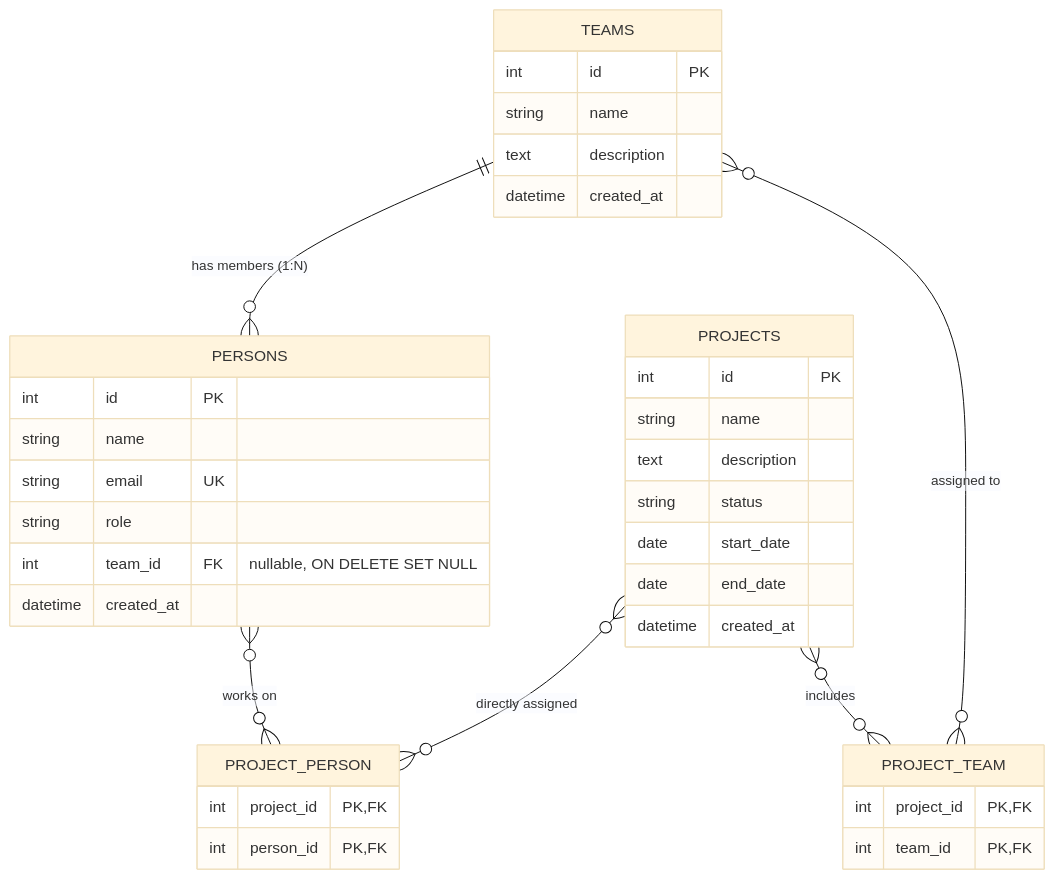
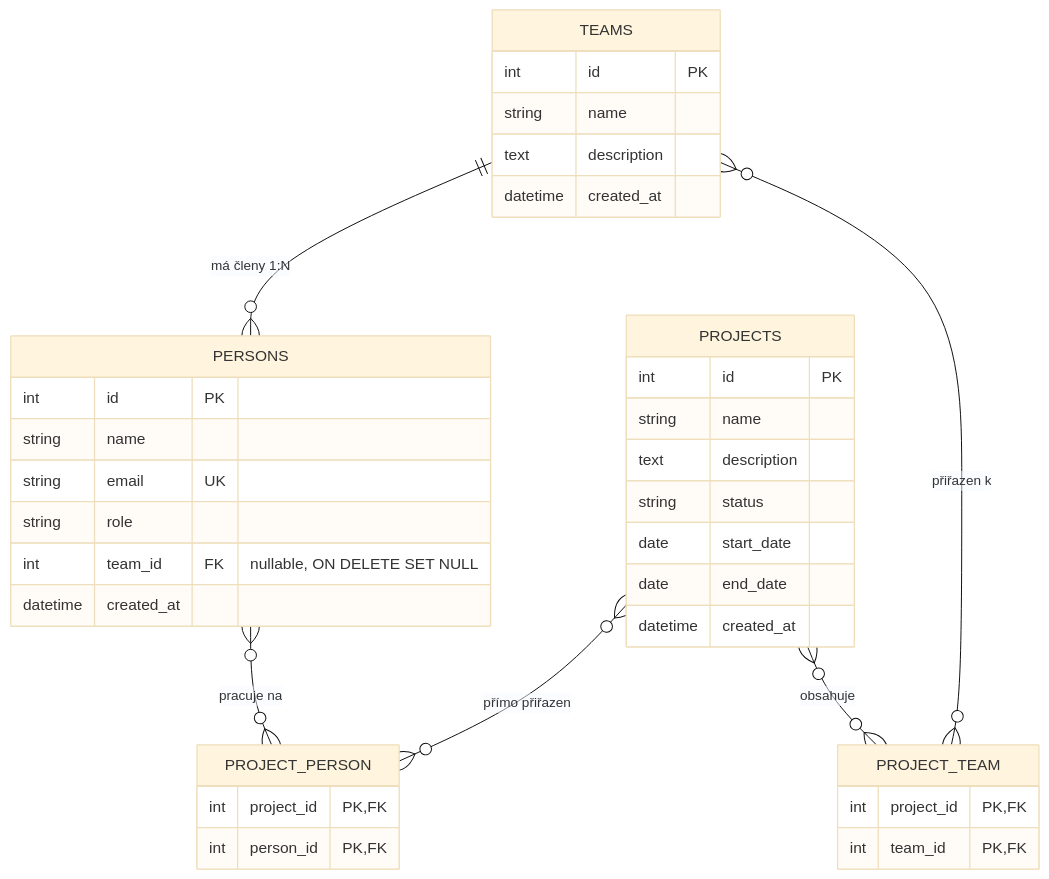
Before and after one commit to martinfried/Project-Management-BE: the diagram in README.md, drawn with Mermaid (base theme). The commit also changed other lines of this file, not shown here.

````diff
--- a/README.md
+++ b/README.md
@@ -34,44 +25,44 @@
 ```mermaid
 erDiagram
-    TEAMS ||--o{ PERSONS : "has members (1:N)"
-    TEAMS }o--o{ PROJECT_TEAM : "assigned to"
-    PROJECTS }o--o{ PROJECT_TEAM : "includes"
-    PROJECTS }o--o{ PROJECT_PERSON : "directly assigned"
-    PERSONS }o--o{ PROJECT_PERSON : "works on"
+    TEAMS ||--o{ PERSONS : "má členy 1:N"
+    TEAMS }o--o{ PROJECT_TEAM : "přiřazen k"
+    PROJECTS }o--o{ PROJECT_TEAM : "obsahuje"
+    PROJECTS }o--o{ PROJECT_PERSON : "přímo přiřazen"
+    PERSONS }o--o{ PROJECT_PERSON : "pracuje na"
 
     TEAMS {
         int id PK
         string name
         text description
         datetime created_at
     }
 
     PERSONS {
         int id PK
         string name
         string email UK
         string role
         int team_id FK "nullable, ON DELETE SET NULL"
         datetime created_at
     }
 
     PROJECTS {
         int id PK
         string name
         text description
         string status
         date start_date
         date end_date
         datetime created_at
     }
 
     PROJECT_PERSON {
         int project_id PK,FK
         int person_id PK,FK
     }
 
     PROJECT_TEAM {
         int project_id PK,FK
         int team_id PK,FK
     }
 ```
````
